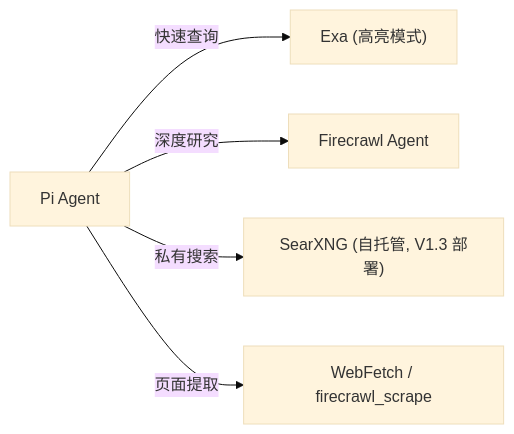
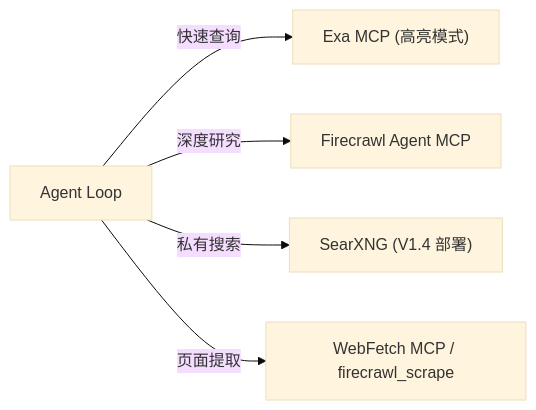
Before and after one commit to int2t05/Cognik: the seventh of 9 diagrams in docs/ROADMAP.md, drawn with Mermaid (base theme). The commit also changed other lines of this file, not shown here.

First line of the commit message:
docs: ROADMAP V1.2 标记已交付 + V1.3/V1.4 规划更新

````diff
--- a/docs/ROADMAP.md
+++ b/docs/ROADMAP.md
@@ -289,7 +339,7 @@
 ```mermaid
 flowchart LR
-    AG["Pi Agent"] -->|"快速查询"| EXA["Exa (高亮模式)"]
-    AG -->|"深度研究"| FC["Firecrawl Agent"]
-    AG -->|"私有搜索"| SX["SearXNG (自托管, V1.3 部署)"]
-    AG -->|"页面提取"| WF["WebFetch / firecrawl_scrape"]
+    AG["Agent Loop"] -->|"快速查询"| EXA["Exa MCP (高亮模式)"]
+    AG -->|"深度研究"| FC["Firecrawl Agent MCP"]
+    AG -->|"私有搜索"| SX["SearXNG (V1.4 部署)"]
+    AG -->|"页面提取"| WF["WebFetch MCP / firecrawl_scrape"]
 ```
````
